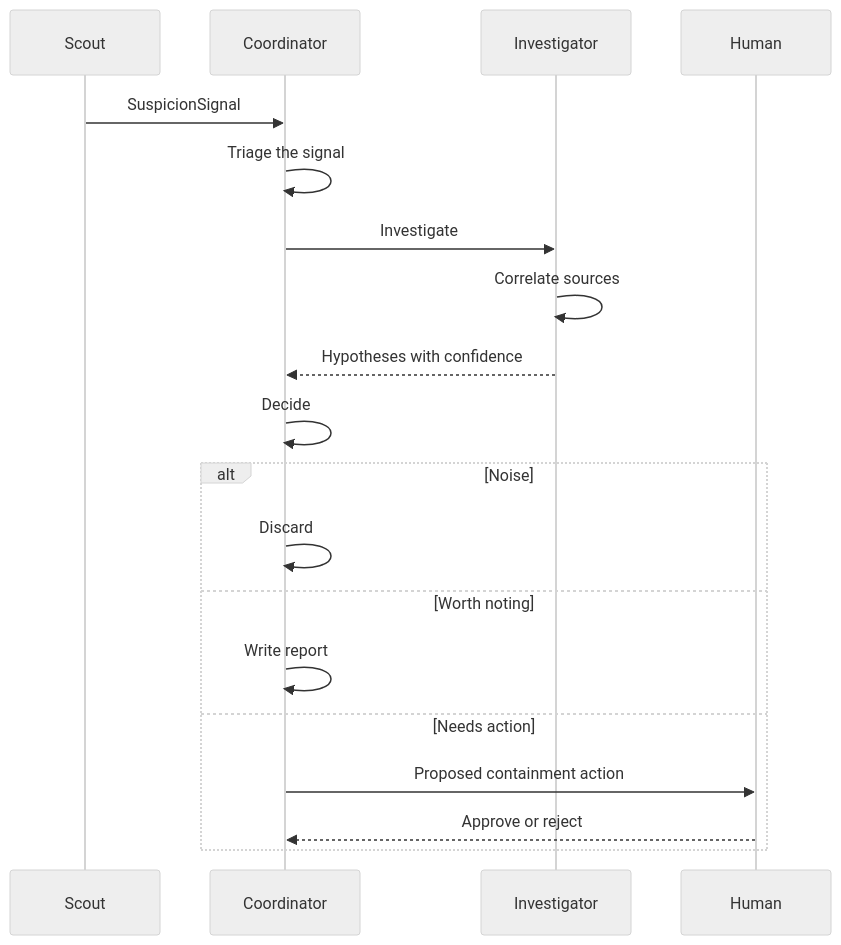
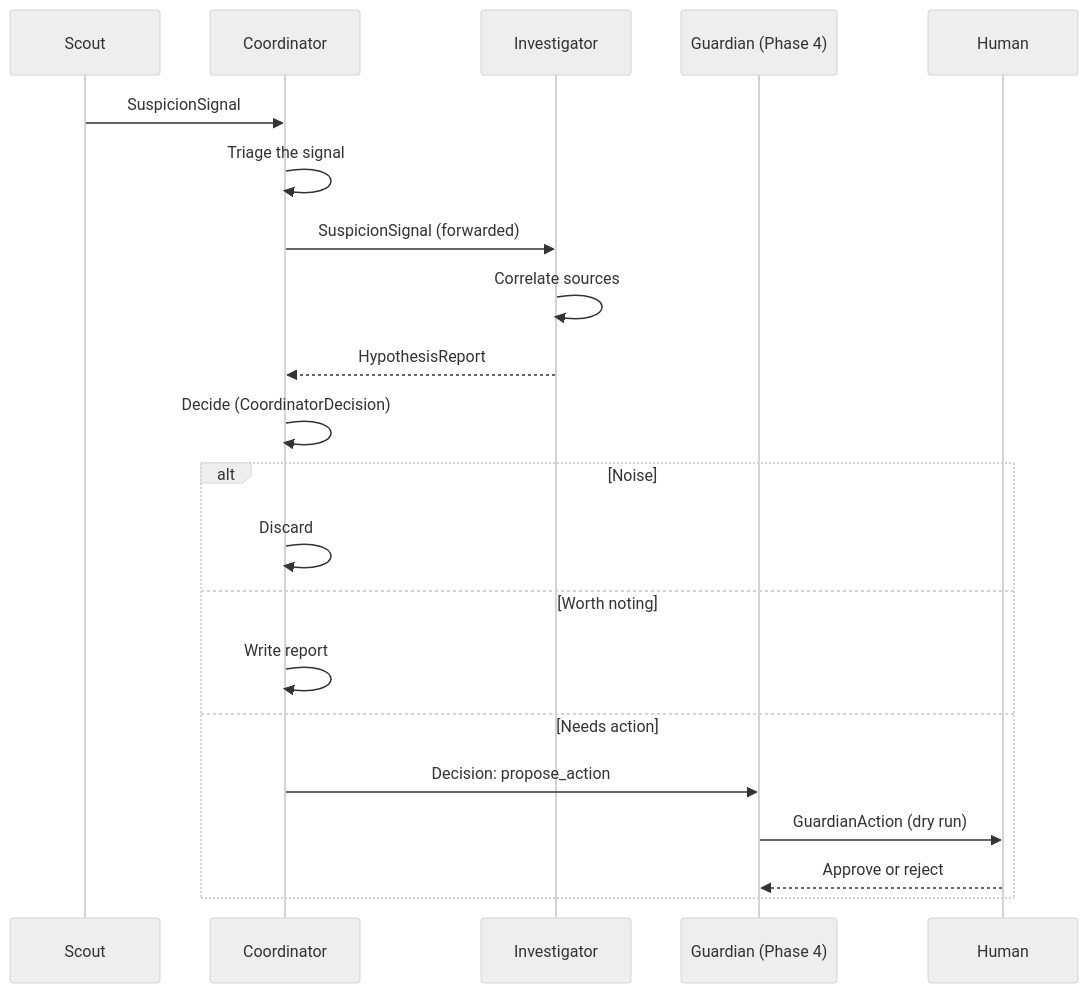
The diagram in docs/architecture.md (jdjagustin/swarmguard), drawn with Mermaid (neutral theme) before and after one commit. The commit also changed other lines of this file, not shown here.

Commit message:
docs: align the Guardian flow and note pending contracts in architecture

````diff
--- a/docs/architecture.md
+++ b/docs/architecture.md
@@ -23,22 +23,24 @@
 ```mermaid
 sequenceDiagram
     participant S as Scout
     participant C as Coordinator
     participant I as Investigator
+    participant G as Guardian (Phase 4)
     participant H as Human
 
     S->>C: SuspicionSignal
     C->>C: Triage the signal
-    C->>I: Investigate
+    C->>I: SuspicionSignal (forwarded)
     I->>I: Correlate sources
-    I-->>C: Hypotheses with confidence
-    C->>C: Decide
+    I-->>C: HypothesisReport
+    C->>C: Decide (CoordinatorDecision)
     alt Noise
         C->>C: Discard
     else Worth noting
         C->>C: Write report
     else Needs action
-        C->>H: Proposed containment action
-        H-->>C: Approve or reject
+        C->>G: Decision: propose_action
+        G->>H: GuardianAction (dry run)
+        H-->>G: Approve or reject
     end
 ```
````
